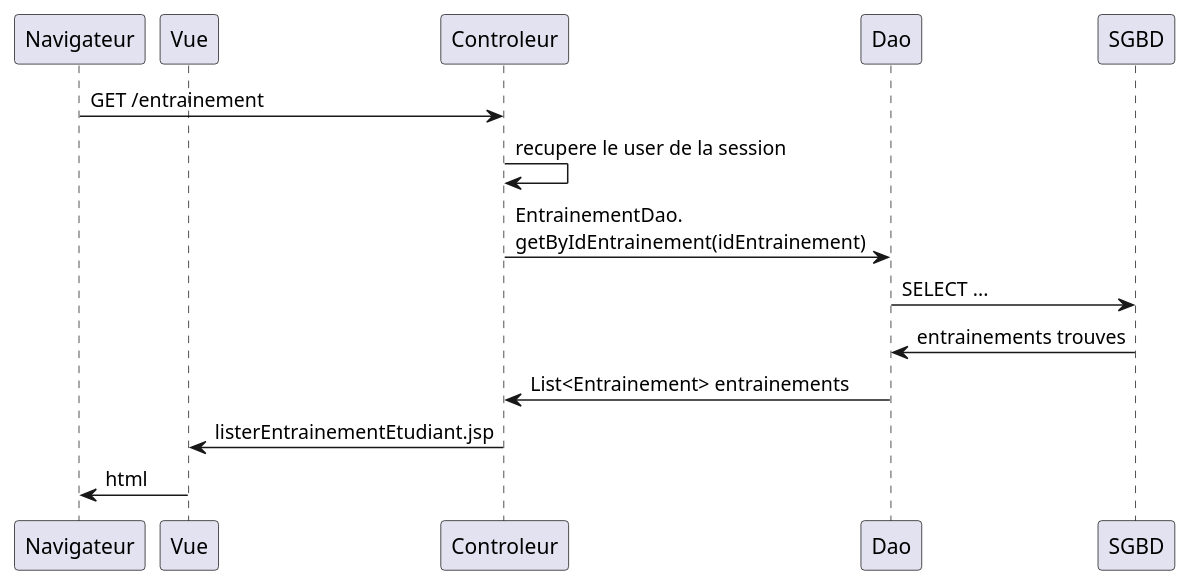
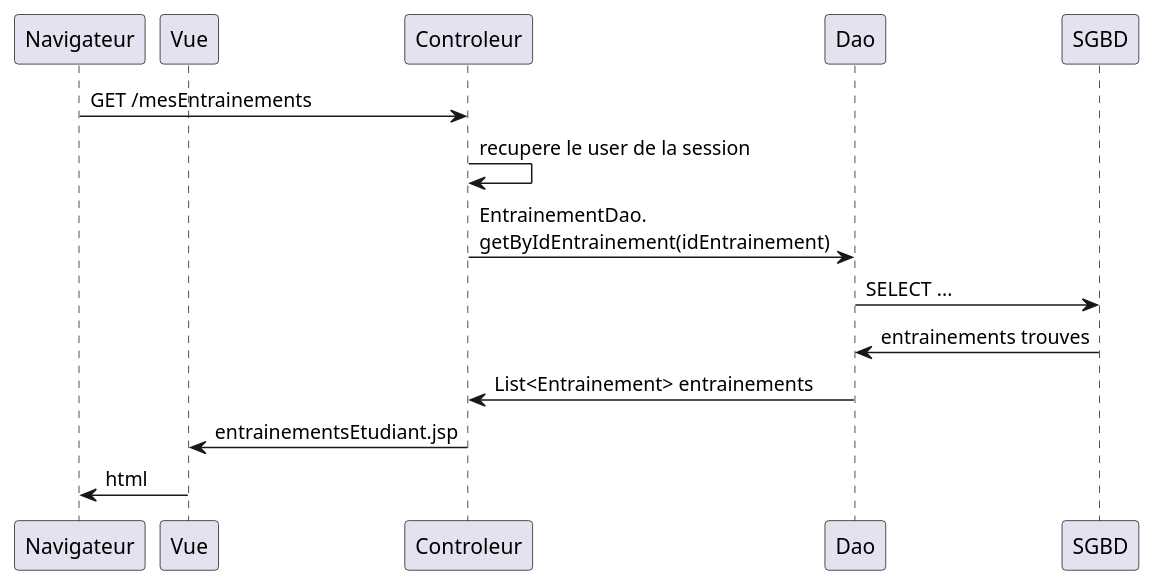
One commit to michel-plasse/siomassy2021 changed the diagram in src/main/webapp/doc/listeEntrainementEtudiant.puml. Above: the diagram before and after it, drawn with PlantUML. The commit also changed 8 other files, not shown here.

First line of the commit message:
lister entrainement étudiant ok

```diff
--- a/src/main/webapp/doc/listeEntrainementEtudiant.puml
+++ b/src/main/webapp/doc/listeEntrainementEtudiant.puml
@@ -2,15 +2,15 @@
 @startuml
 ' par défaut, les couches sont disposées dans l'ordre d'apparition
 ' nous utilison participant pour préciser qu'après Navigateur il y a Vue et non Controleur
 participant Navigateur
 participant Vue
 
-Navigateur -> Controleur: GET /entrainement
+Navigateur -> Controleur: GET /mesEntrainements
 Controleur -> Controleur: recupere le user de la session
 Controleur -> Dao: EntrainementDao.\ngetByIdEntrainement(idEntrainement)
 Dao -> SGBD: SELECT ...
 SGBD ->Dao: entrainements trouves
 Dao -> Controleur: List<Entrainement> entrainements
-Controleur -> Vue: listerEntrainementEtudiant.jsp
+Controleur -> Vue: entrainementsEtudiant.jsp
 Vue -> Navigateur: html
 @enduml
```
